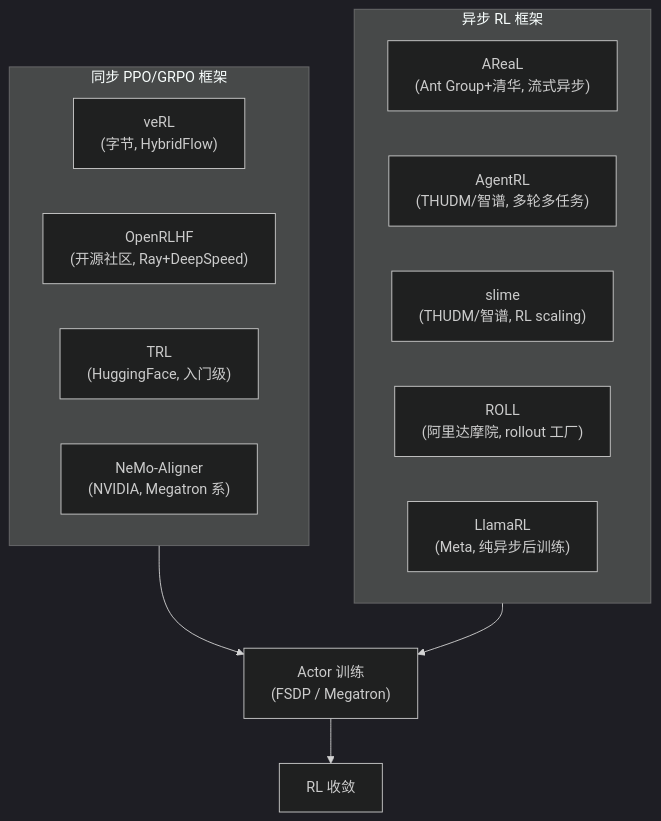
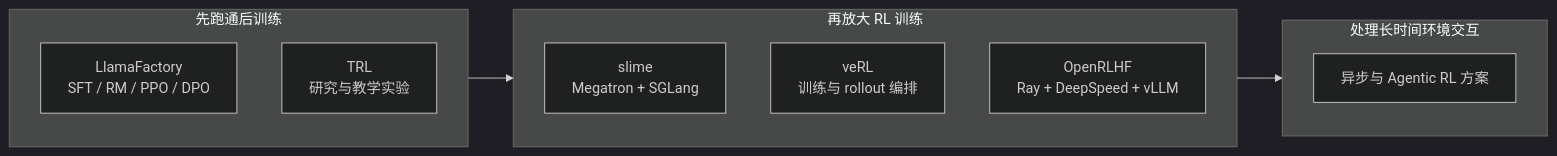
One commit to CrazyForks/hands-on-modern-rl changed the diagram in docs/chapter16_llm_rl_industrial/intro.md. Above: the diagram before and after it, drawn with Mermaid (dark theme). The commit also changed other lines of this file and 130 other files, not shown here.

Commit message:
docs: reorganize course flow and industrial RL

````diff
--- a/docs/chapter16_llm_rl_industrial/intro.md
+++ b/docs/chapter16_llm_rl_industrial/intro.md
@@ -19,19 +57,16 @@
 ```mermaid
-flowchart TB
-    subgraph Sync["同步 PPO/GRPO 框架"]
-        veRL["veRL<br/>(字节, HybridFlow)"]
-        OpenRLHF["OpenRLHF<br/>(开源社区, Ray+DeepSpeed)"]
-        TRL["TRL<br/>(HuggingFace, 入门级)"]
-        NeMo["NeMo-Aligner<br/>(NVIDIA, Megatron 系)"]
+flowchart LR
+    subgraph Learn["先跑通后训练"]
+        LlamaFactory["LlamaFactory<br/>SFT / RM / PPO / DPO"]
+        TRL["TRL<br/>研究与教学实验"]
     end
-    subgraph Async["异步 RL 框架"]
-        AReaL["AReaL<br/>(Ant Group+清华, 流式异步)"]
-        AgentRL["AgentRL<br/>(THUDM/智谱, 多轮多任务)"]
-        SLIME["slime<br/>(THUDM/智谱, RL scaling)"]
-        ROLL["ROLL<br/>(阿里达摩院, rollout 工厂)"]
-        LlamaRL["LlamaRL<br/>(Meta, 纯异步后训练)"]
+    subgraph Scale["再放大 RL 训练"]
+        slime["slime<br/>Megatron + SGLang"]
+        veRL["veRL<br/>训练与 rollout 编排"]
+        OpenRLHF["OpenRLHF<br/>Ray + DeepSpeed + vLLM"]
     end
-    Sync --> Policy["Actor 训练<br/>(FSDP / Megatron)"]
-    Async --> Policy
-    Policy --> Converge["RL 收敛"]
+    subgraph Long["处理长时间环境交互"]
+        Async["异步与 Agentic RL 方案"]
+    end
+    Learn --> Scale --> Long
 ```
````
